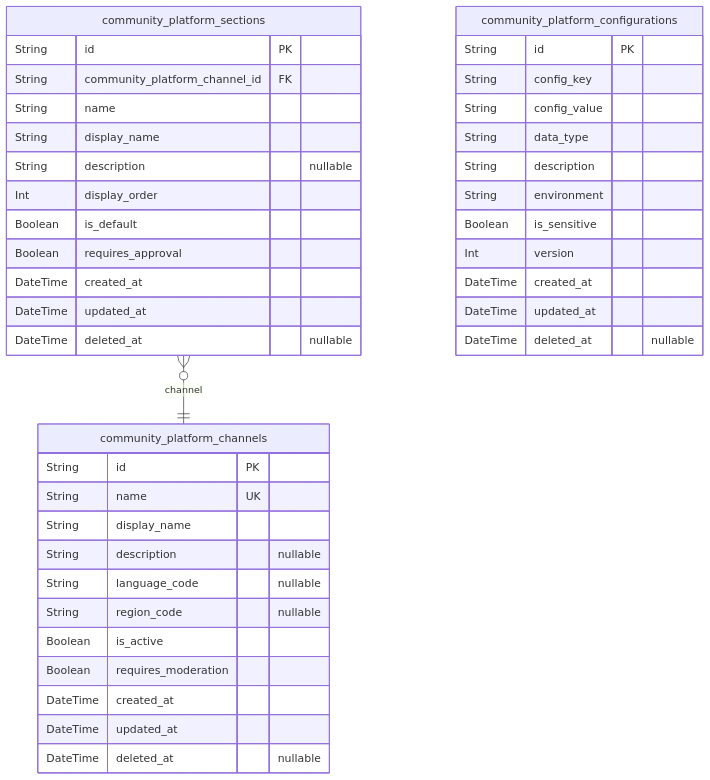
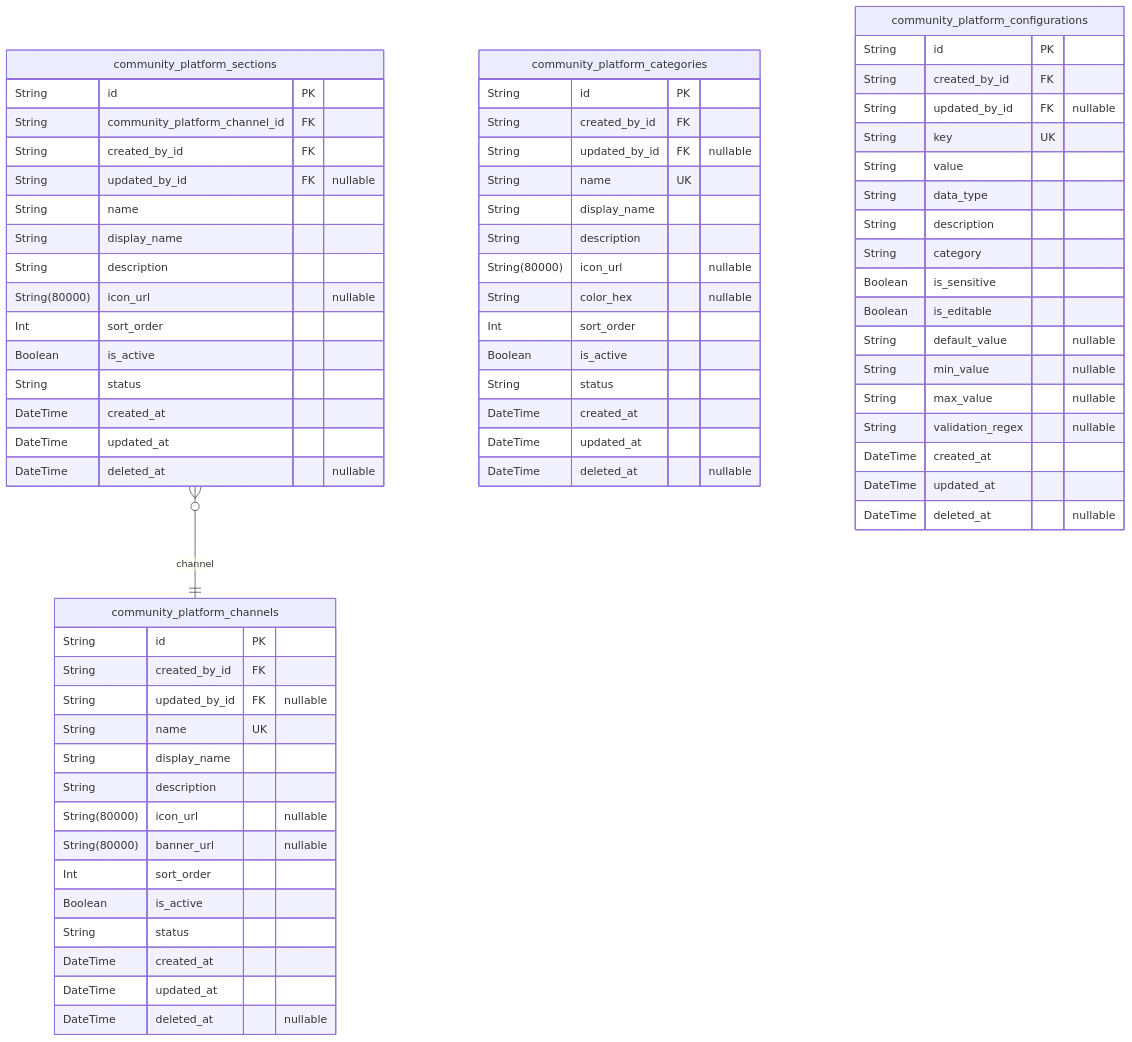
The first of 11 diagrams in deepseek/deepseek-v3.1-terminus-exacto/reddit/docs/ERD.md (wrtnlabs/autobe-examples), drawn with Mermaid before and after one commit. The commit also changed other lines of this file and 7173 other files, not shown here.

````diff
--- a/deepseek/deepseek-v3.1-terminus-exacto/reddit/docs/ERD.md
+++ b/deepseek/deepseek-v3.1-terminus-exacto/reddit/docs/ERD.md
@@ -18,43 +19,71 @@
 ```mermaid
 erDiagram
 "community_platform_channels" {
   String id PK
+  String created_by_id FK
+  String updated_by_id FK "nullable"
   String name UK
   String display_name
-  String description "nullable"
-  String language_code "nullable"
-  String region_code "nullable"
+  String description
+  String(80000) icon_url "nullable"
+  String(80000) banner_url "nullable"
+  Int sort_order
   Boolean is_active
-  Boolean requires_moderation
+  String status
   DateTime created_at
   DateTime updated_at
   DateTime deleted_at "nullable"
 }
 "community_platform_sections" {
   String id PK
   String community_platform_channel_id FK
+  String created_by_id FK
+  String updated_by_id FK "nullable"
   String name
   String display_name
-  String description "nullable"
-  Int display_order
-  Boolean is_default
-  Boolean requires_approval
+  String description
+  String(80000) icon_url "nullable"
+  Int sort_order
+  Boolean is_active
+  String status
+  DateTime created_at
+  DateTime updated_at
+  DateTime deleted_at "nullable"
+}
+"community_platform_categories" {
+  String id PK
+  String created_by_id FK
+  String updated_by_id FK "nullable"
+  String name UK
+  String display_name
+  String description
+  String(80000) icon_url "nullable"
+  String color_hex "nullable"
+  Int sort_order
+  Boolean is_active
+  String status
   DateTime created_at
   DateTime updated_at
   DateTime deleted_at "nullable"
 }
 "community_platform_configurations" {
   String id PK
-  String config_key
-  String config_value
+  String created_by_id FK
+  String updated_by_id FK "nullable"
+  String key UK
+  String value
   String data_type
   String description
-  String environment
+  String category
   Boolean is_sensitive
-  Int version
+  Boolean is_editable
+  String default_value "nullable"
+  String min_value "nullable"
+  String max_value "nullable"
+  String validation_regex "nullable"
   DateTime created_at
   DateTime updated_at
   DateTime deleted_at "nullable"
 }
 "community_platform_sections" }o--|| "community_platform_channels" : channel
 ```
````
